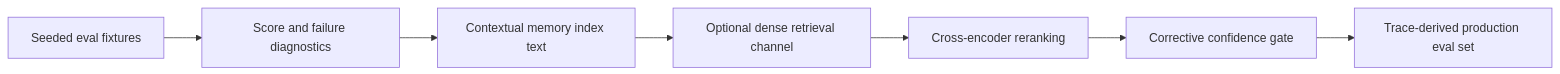
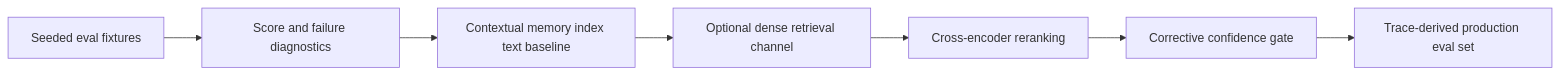
Before and after one commit to lteawoo/MemAssist: the fifth of 5 diagrams in README.md, drawn with Mermaid. The commit also changed other lines of this file and 3 other files, not shown here.

````diff
--- a/README.md
+++ b/README.md
@@ -420,9 +420,9 @@
 ```mermaid
 flowchart LR
     A[Seeded eval fixtures] --> B[Score and failure diagnostics]
-    B --> C[Contextual memory index text]
+    B --> C[Contextual memory index text baseline]
     C --> D[Optional dense retrieval channel]
     D --> E[Cross-encoder reranking]
     E --> F[Corrective confidence gate]
     F --> G[Trace-derived production eval set]
 ```
````
